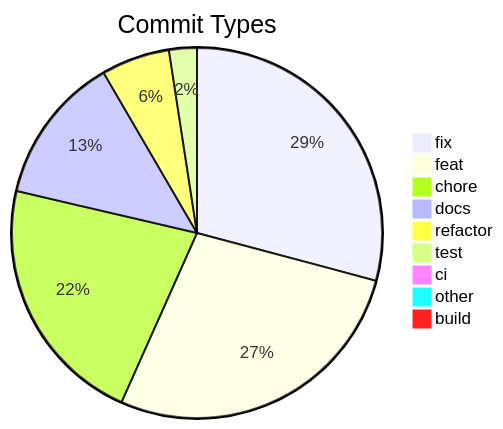
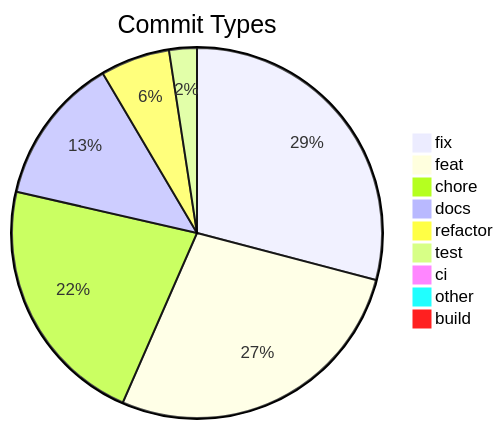
One commit to svenroth-ai/shipwright changed the diagram in .shipwright/compliance/change-history.md. Above: the diagram before and after it, drawn with Mermaid. The commit also changed other lines of this file and 29 other files, not shown here.

````diff
--- a/.shipwright/compliance/change-history.md
+++ b/.shipwright/compliance/change-history.md
@@ -8,12 +8,12 @@
 ```mermaid
 pie title Commit Types
     "fix" : 288
     "feat" : 272
-    "chore" : 217
+    "chore" : 218
     "docs" : 128
-    "refactor" : 59
+    "refactor" : 60
     "test" : 24
     "ci" : 7
     "other" : 7
     "build" : 1
 ```
````
